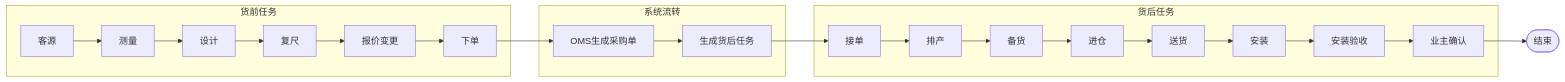
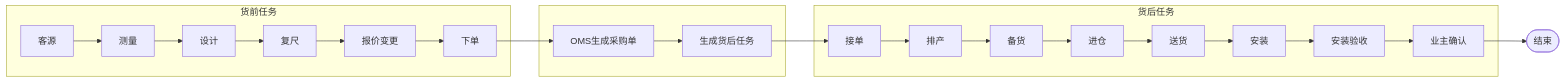
One commit to M2025-lab/obsodian changed the first of 8 diagrams in 新人串讲/新人第一次串讲.md. Above: the diagram before and after it, drawn with Mermaid. The commit also changed 2 other files, not shown here.

Commit message:
vault backup: 2026-07-13 10:13:30

````diff
--- a/新人串讲/新人第一次串讲.md
+++ b/新人串讲/新人第一次串讲.md
@@ -23,42 +23,42 @@
 ```mermaid
 flowchart LR
 
 subgraph 货前任务
 A[客源]
 
 A --> B[测量]
 
 B --> C[设计]
 
 C --> D[复尺]
 
 D --> E[报价变更]
 
 E --> F[下单]
 end
 
-subgraph 系统流转
+subgraph  
 F --> G[OMS生成采购单]
 G --> H[生成货后任务]
 end
 
 subgraph 货后任务
 H --> I[接单]
 
 I --> J[排产]
 
 J --> K[备货]
 
 K --> L[进仓]
 
 L --> M[送货]
 
 M --> N[安装]
 
 N --> O[安装验收]
 
 O --> P[业主确认]
 end
 
 P --> Q([结束])
 ```
````
